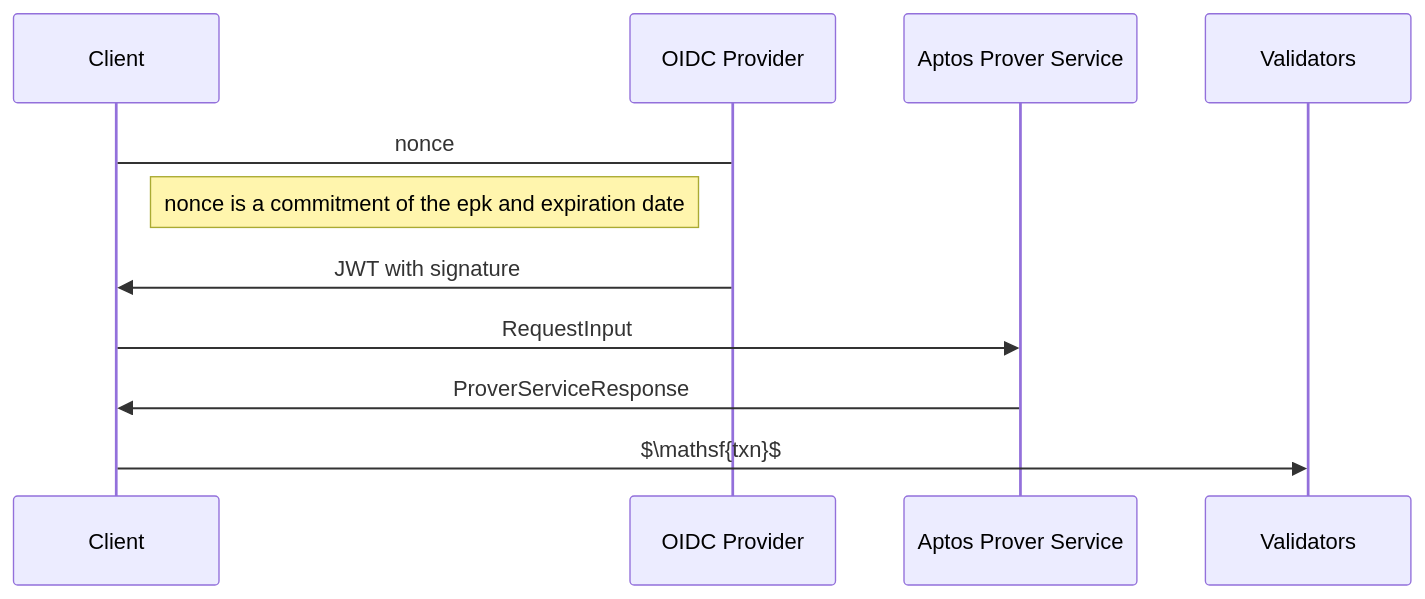
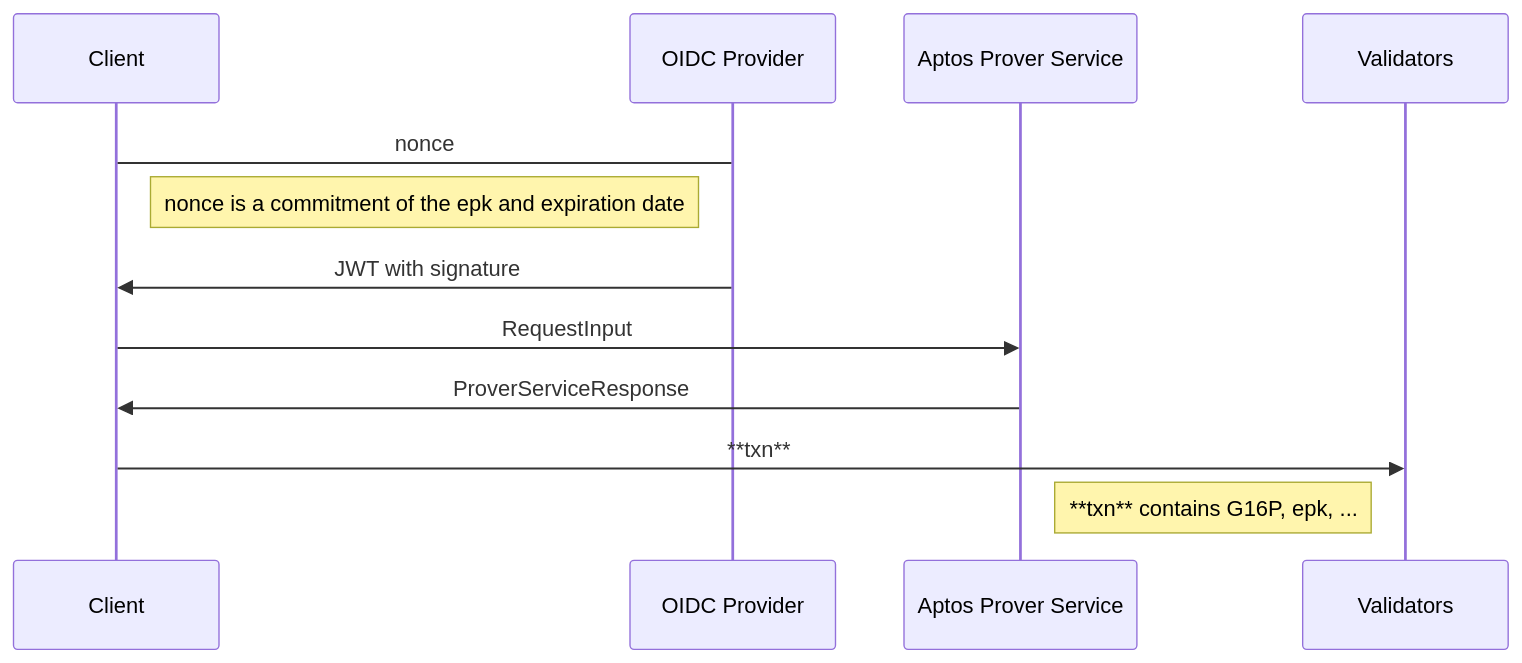
One commit to aptos-foundation/AIPs changed the diagram in aips/aip-x.md. Above: the diagram before and after it, drawn with Mermaid.

````diff
--- a/aips/aip-x.md
+++ b/aips/aip-x.md
@@ -61,11 +61,12 @@
 ```mermaid
-
 sequenceDiagram
 Client->OIDC Provider: nonce
 Note left of OIDC Provider: nonce is a commitment of the epk and expiration date
 OIDC Provider->>Client: JWT with signature
 Client->>Aptos Prover Service: RequestInput
 Aptos Prover Service->>Client: ProverServiceResponse
-Client ->> Validators: $\mathsf{txn}$
+Client ->> Validators: **txn**
+Note left of Validators: **txn** contains G16P, epk, ...
+
 
 ```
````
